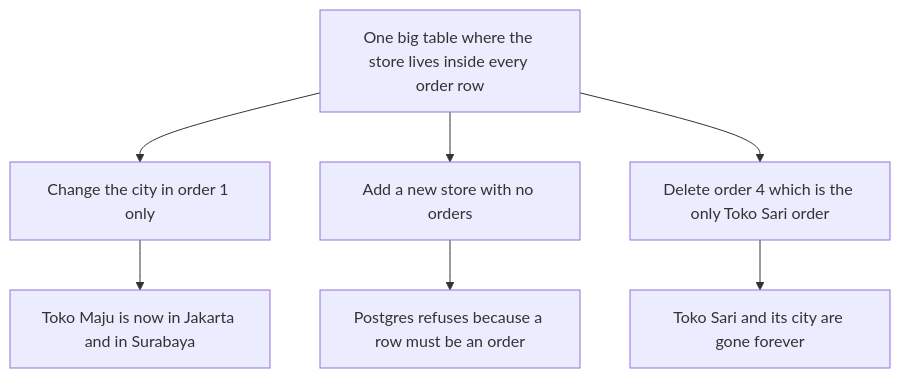
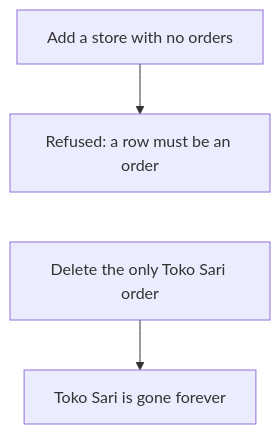
The second of 5 diagrams in learn/database/07-normalization.md (starjustice/research-material), drawn with Mermaid before and after one commit. The commit also changed other lines of this file, not shown here.

````diff
--- a/learn/database/07-normalization.md
+++ b/learn/database/07-normalization.md
@@ -50,9 +114,6 @@
 ```mermaid
 graph TB
-    T["One big table where the store lives inside every order row"] --> U["Change the city in order 1 only"]
-    T --> I["Add a new store with no orders"]
-    T --> D["Delete order 4 which is the only Toko Sari order"]
-    U --> U2["Toko Maju is now in Jakarta and in Surabaya"]
-    I --> I2["Postgres refuses because a row must be an order"]
-    D --> D2["Toko Sari and its city are gone forever"]
+    I["Add a store with no orders"] --> I2["Refused: a row must be an order"]
+    I2 ~~~ D["Delete the only Toko Sari order"]
+    D --> D2["Toko Sari is gone forever"]
 ```
````
